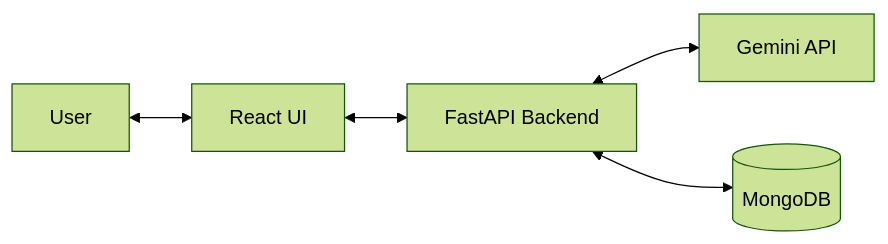
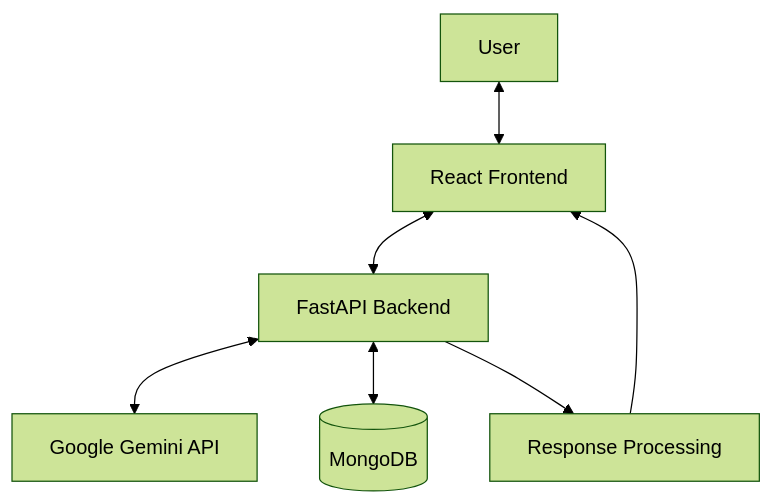
Before and after one commit to sachinydv0002/Siva-AI: the diagram in README.md, drawn with Mermaid (forest theme). The commit also changed other lines of this file, not shown here.

````diff
--- a/README.md
+++ b/README.md
@@ -37,7 +117,9 @@
 ```mermaid
-flowchart LR
-    A[User] <--> B[React UI]
+flowchart TD
+    A[User] <--> B[React Frontend]
     B <--> C[FastAPI Backend]
-    C <--> D[Gemini API]
+    C <--> D[Google Gemini API]
     C <--> E[(MongoDB)]
+    C --> F[Response Processing]
+    F --> B
 ```
````
